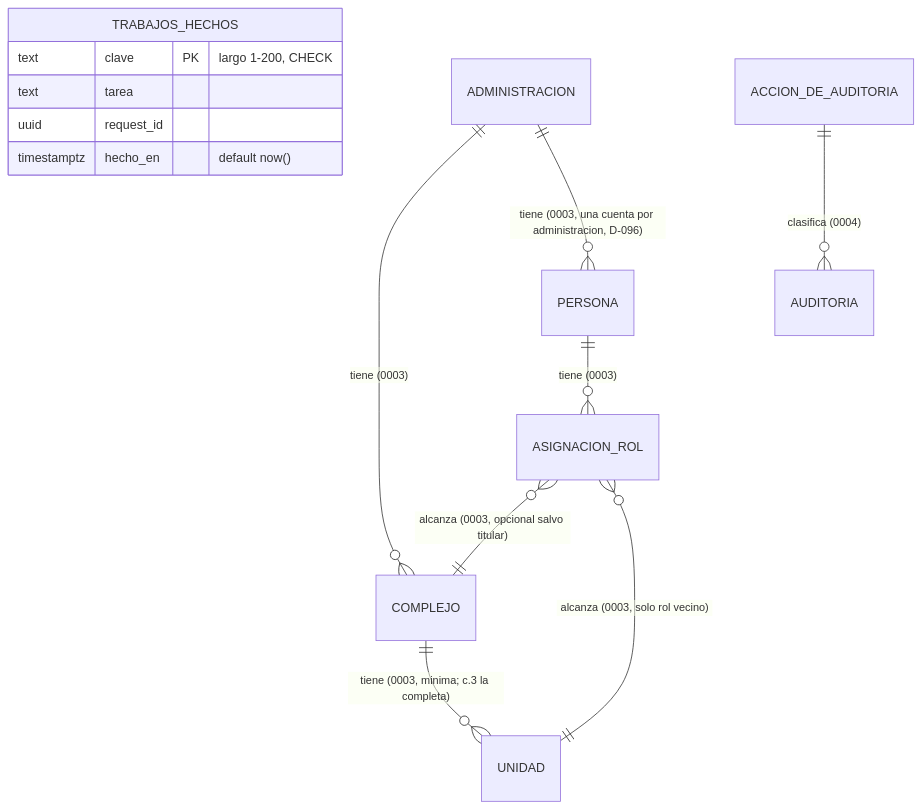
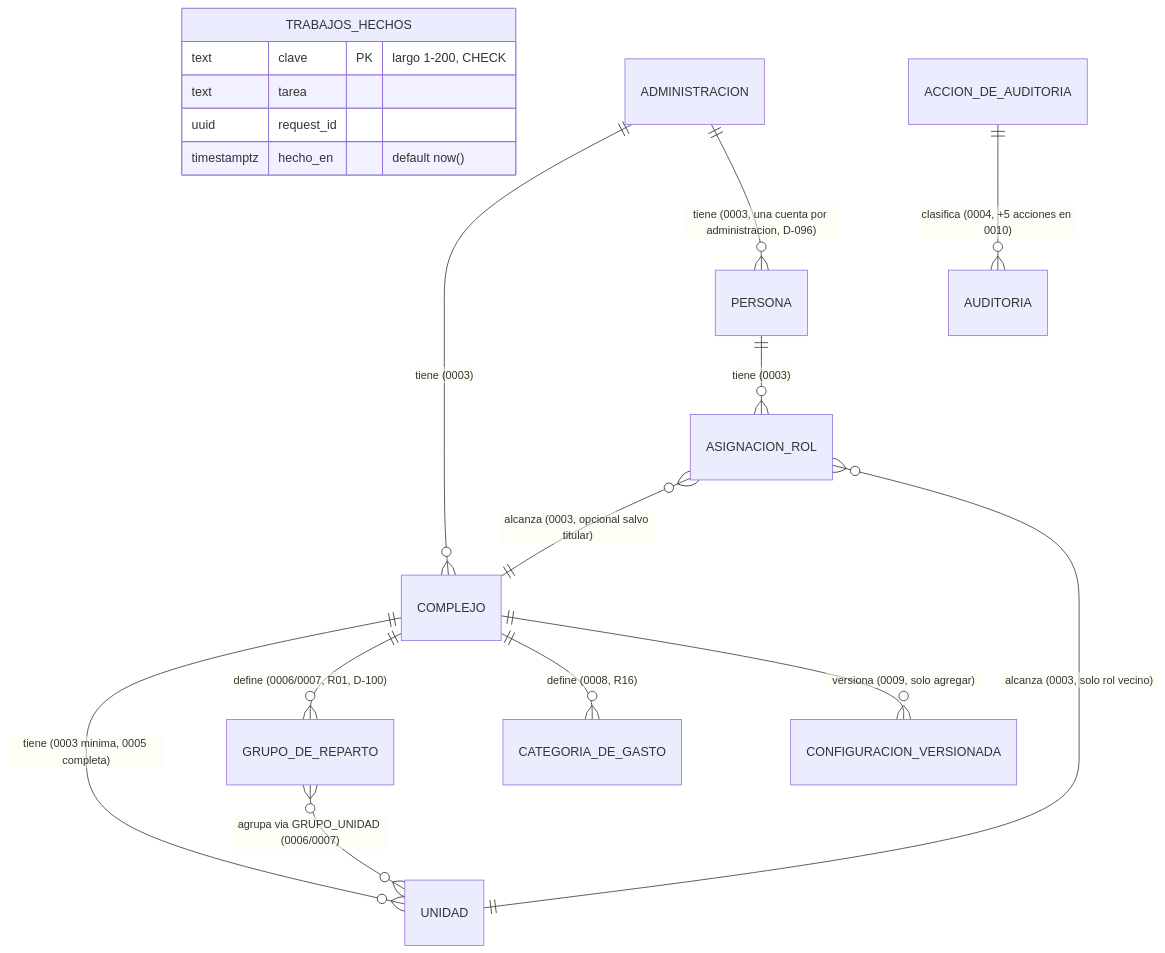
One commit to JuaniSarmiento/proptech changed the first of 2 diagrams in knowledge-base/04_modelo_de_datos.md. Above: the diagram before and after it, drawn with Mermaid. The commit also changed other lines of this file and 24 other files, not shown here.

````diff
--- a/knowledge-base/04_modelo_de_datos.md
+++ b/knowledge-base/04_modelo_de_datos.md
@@ -36,16 +39,20 @@
 ```mermaid
 erDiagram
     TRABAJOS_HECHOS {
         text clave PK "largo 1-200, CHECK"
         text tarea
         uuid request_id
         timestamptz hecho_en "default now()"
     }
     ADMINISTRACION ||--o{ COMPLEJO : "tiene (0003)"
     ADMINISTRACION ||--o{ PERSONA : "tiene (0003, una cuenta por administracion, D-096)"
-    COMPLEJO ||--o{ UNIDAD : "tiene (0003, minima; c.3 la completa)"
+    COMPLEJO ||--o{ UNIDAD : "tiene (0003 minima, 0005 completa)"
+    COMPLEJO ||--o{ GRUPO_DE_REPARTO : "define (0006/0007, R01, D-100)"
+    GRUPO_DE_REPARTO }o--o{ UNIDAD : "agrupa via GRUPO_UNIDAD (0006/0007)"
+    COMPLEJO ||--o{ CATEGORIA_DE_GASTO : "define (0008, R16)"
+    COMPLEJO ||--o{ CONFIGURACION_VERSIONADA : "versiona (0009, solo agregar)"
     PERSONA ||--o{ ASIGNACION_ROL : "tiene (0003)"
     ASIGNACION_ROL }o--|| COMPLEJO : "alcanza (0003, opcional salvo titular)"
     ASIGNACION_ROL }o--|| UNIDAD : "alcanza (0003, solo rol vecino)"
-    ACCION_DE_AUDITORIA ||--o{ AUDITORIA : "clasifica (0004)"
+    ACCION_DE_AUDITORIA ||--o{ AUDITORIA : "clasifica (0004, +5 acciones en 0010)"
 ```
````
